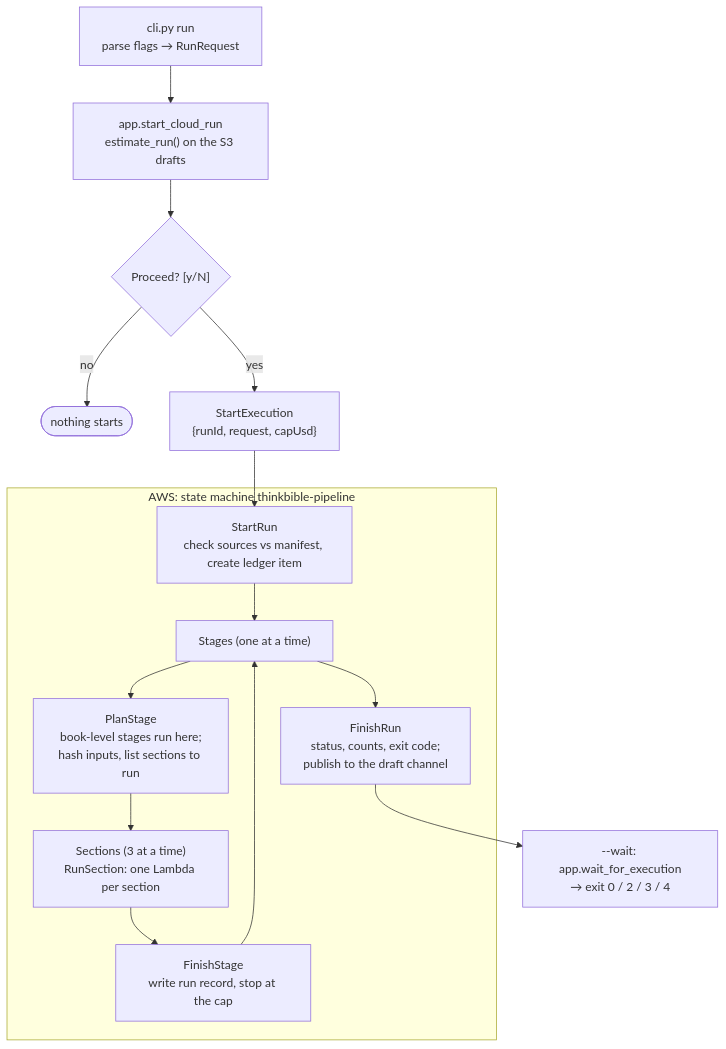
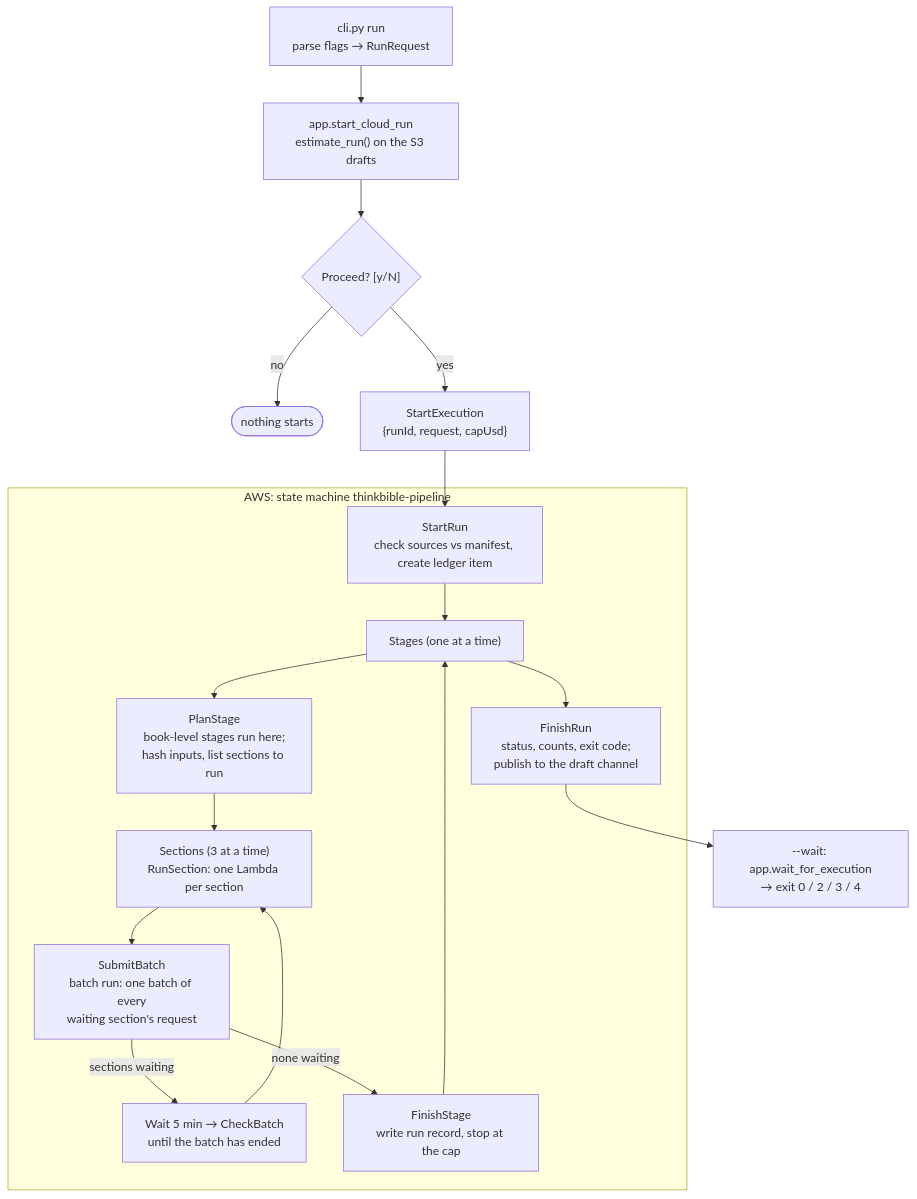
Before and after one commit to austin-english/thinkBible: the first of 2 diagrams in pipeline/src/thinkbible_pipeline/README.md, drawn with Mermaid. The commit also changed other lines of this file and 21 other files, not shown here.

Commit message:
ipeline: batch runs remember every call; batching follows the running stage (T087)

````diff
--- a/pipeline/src/thinkbible_pipeline/README.md
+++ b/pipeline/src/thinkbible_pipeline/README.md
@@ -141,20 +142,23 @@
 ```mermaid
 flowchart TD
     CLI["cli.py run<br/>parse flags → RunRequest"] --> EST["app.start_cloud_run<br/>estimate_run() on the S3 drafts"]
     EST --> OK{"Proceed? [y/N]"}
     OK -- no --> STOP(["nothing starts"])
     OK -- yes --> SFN["StartExecution<br/>{runId, request, capUsd}"]
 
     subgraph aws ["AWS: state machine thinkbible-pipeline"]
         SR["StartRun<br/>check sources vs manifest, create ledger item"]
         SR --> ST["Stages (one at a time)"]
         ST --> PS["PlanStage<br/>book-level stages run here;<br/>hash inputs, list sections to run"]
         PS --> SEC["Sections (3 at a time)<br/>RunSection: one Lambda per section"]
-        SEC --> FS["FinishStage<br/>write run record, stop at the cap"]
+        SEC --> SB["SubmitBatch<br/>batch run: one batch of every<br/>waiting section's request"]
+        SB -- "sections waiting" --> WB["Wait 5 min → CheckBatch<br/>until the batch has ended"]
+        WB --> SEC
+        SB -- "none waiting" --> FS["FinishStage<br/>write run record, stop at the cap"]
         FS --> ST
         ST --> FR["FinishRun<br/>status, counts, exit code;<br/>publish to the draft channel"]
     end
 
     SFN --> SR
     FR --> WAIT["--wait: app.wait_for_execution<br/>→ exit 0 / 2 / 3 / 4"]
 ```
````
